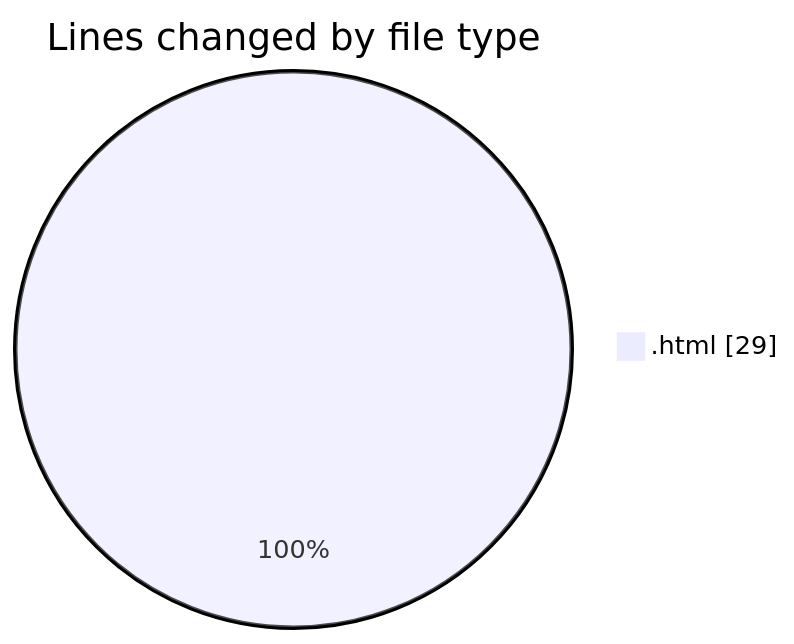
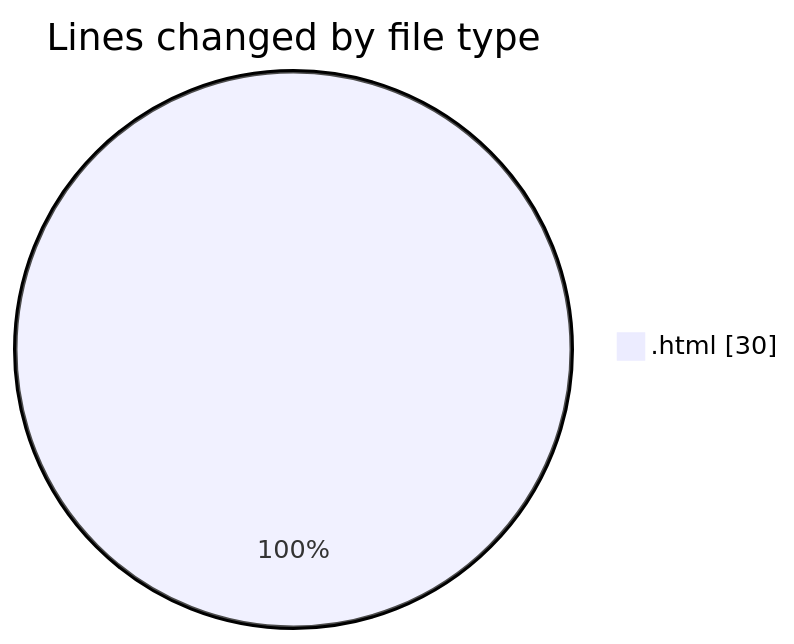
One commit to hasnaa123/code-tracking changed the first of 2 diagrams in 2025-12-24/technologie_web/README.md. Above: the diagram before and after it, drawn with Mermaid. The commit also changed other lines of this file and 1 other file, not shown here.

````diff
--- a/2025-12-24/technologie_web/README.md
+++ b/2025-12-24/technologie_web/README.md
@@ -20,5 +20,5 @@
 ```mermaid
 pie showData
 title Lines changed by file type
-".html" : 29
+".html" : 30
 ```
````
